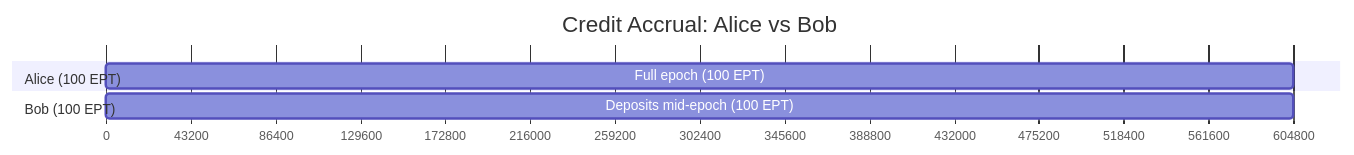
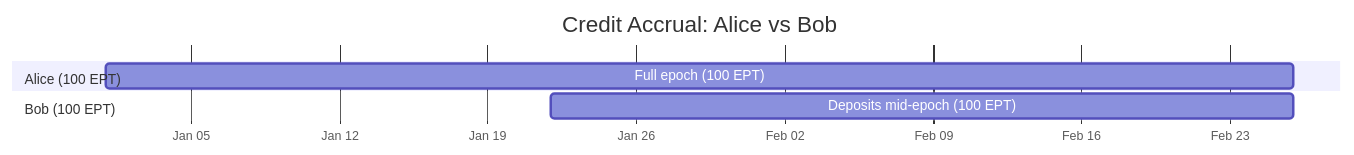
Before and after one commit to karnotxyz/docs: the diagram in learn/expected-points-token.mdx, drawn with Mermaid. The commit also changed other lines of this file and 8 other files, not shown here.

````diff
--- a/learn/expected-points-token.mdx
+++ b/learn/expected-points-token.mdx
@@ -69,12 +69,12 @@
 ```mermaid
 gantt
     title Credit Accrual: Alice vs Bob
-    dateFormat X
-    axisFormat %s
+    dateFormat YYYY-MM-DD
+    axisFormat %b %d
 
     section Alice (100 EPT)
-    Full epoch (100 EPT)    :0, 604800
+    Full epoch (100 EPT)    :a1, 2025-01-01, 56d
 
     section Bob (100 EPT)
-    Deposits mid-epoch (100 EPT)    :259200, 604800
+    Deposits mid-epoch (100 EPT)    :b1, 2025-01-22, 35d
 ```
````
